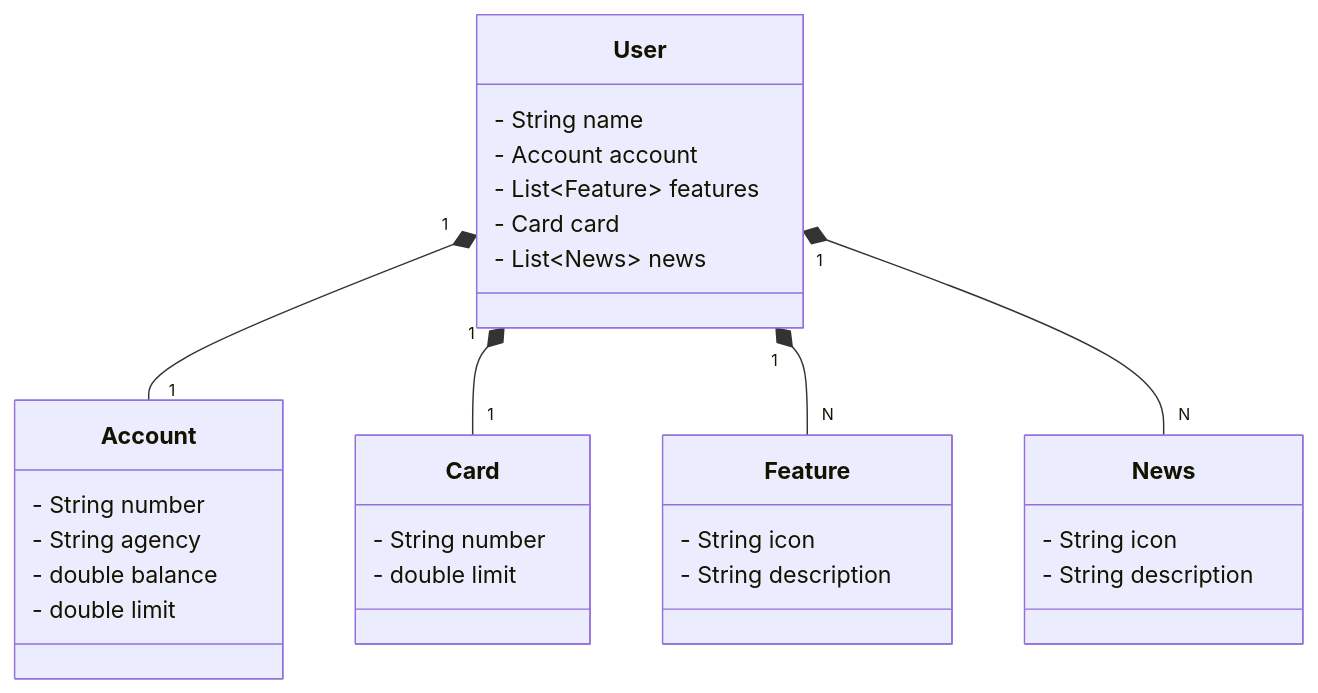
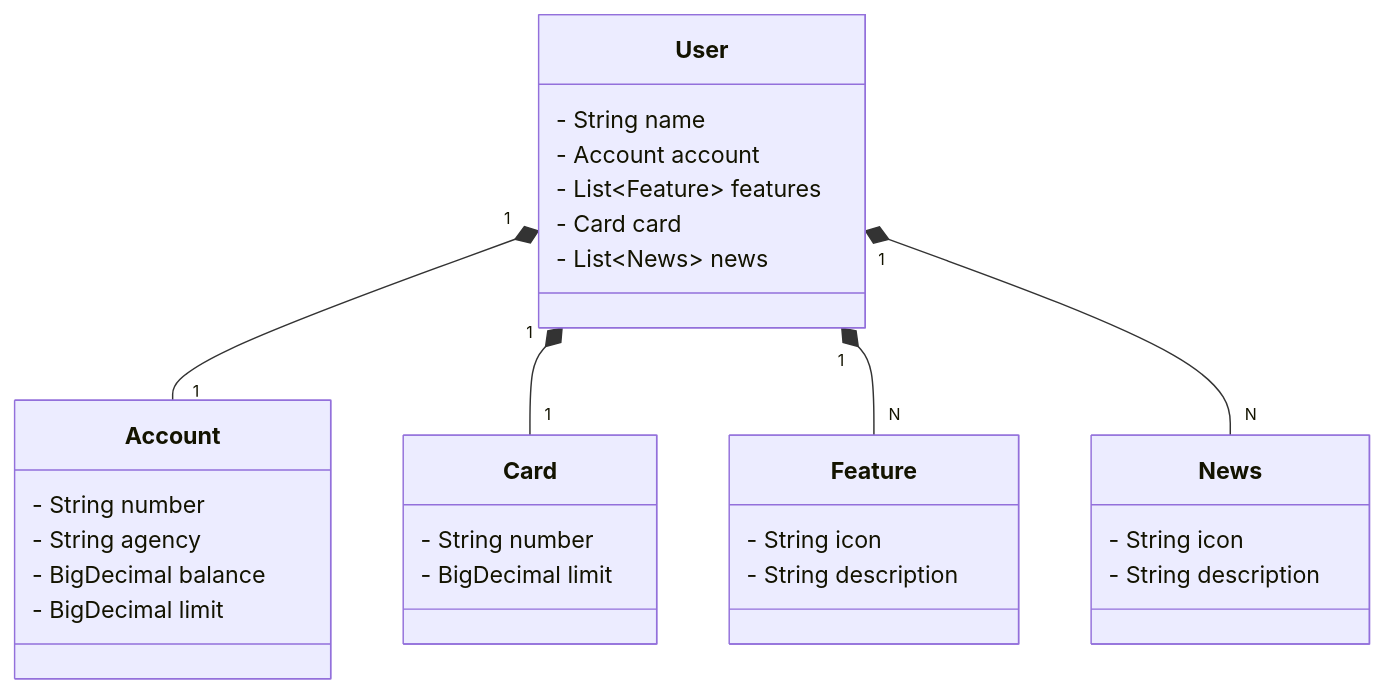
Before and after one commit to AdrianoProfileAdsCloud/Bootcamp-Decola-Tech-Avanade-spring-boot-java-railway: the diagram in README.md, drawn with Mermaid.

Commit message:
Update README.md
doc-Alteração de atributos da classe do tipo double para BigDecimal, pois tem precisã extata.

````diff
--- a/README.md
+++ b/README.md
@@ -13,38 +13,38 @@
 ```mermaid
 
 classDiagram
     class User {
         - String name
         - Account account
         - List~Feature~ features
         - Card card
         - List~News~ news
     }
     
     class Account {
         - String number
         - String agency
-        - double balance
-        - double limit
+        - BigDecimal balance
+        - BigDecimal limit
     }
     
     class Feature {
         - String icon
         - String description
     }
     
     class Card {
         - String number
-        - double limit
+        - BigDecimal limit
     }
     
     class News {
         - String icon
         - String description
     }
     
     User "1" *-- "1" Account
     User "1" *-- "1" Card
     User "1" *-- "N" Feature
     User "1" *-- "N" News
 ```
````
